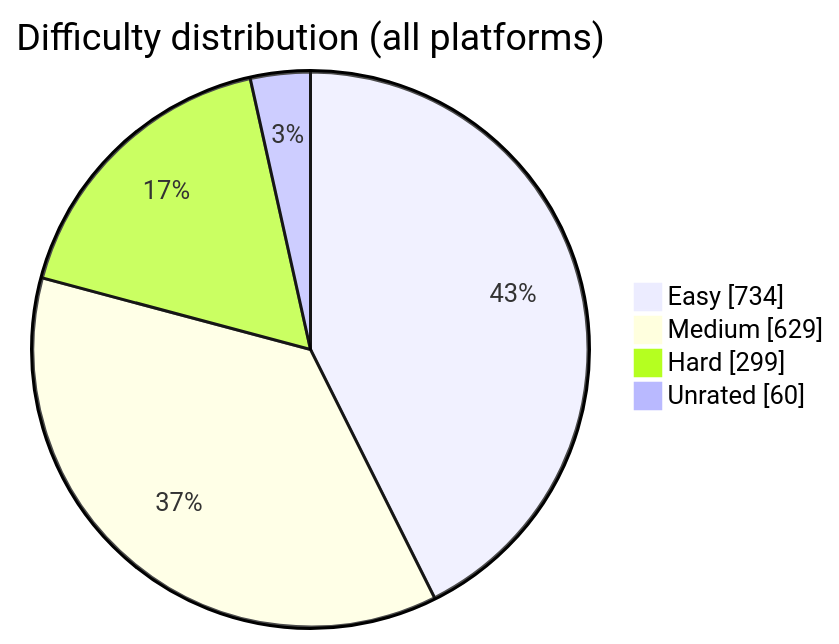
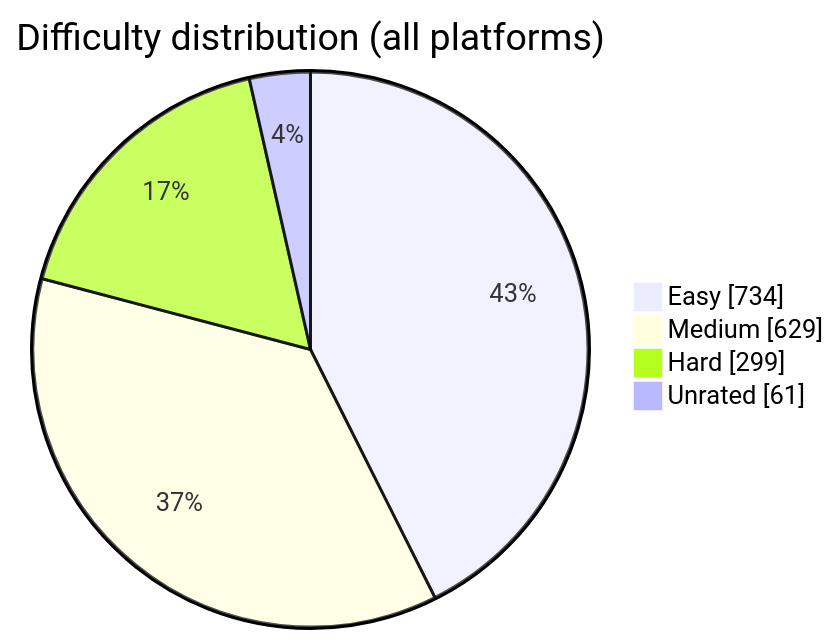
One commit to BuildbyArindam/Daily-Coding-Log changed the diagram in README.md. Above: the diagram before and after it, drawn with Mermaid. The commit also changed other lines of this file, not shown here.

````diff
--- a/README.md
+++ b/README.md
@@ -93,7 +93,7 @@
 ```mermaid
 pie showData title Difficulty distribution (all platforms)
     "Easy" : 734
     "Medium" : 629
     "Hard" : 299
-    "Unrated" : 60
+    "Unrated" : 61
 ```
````
